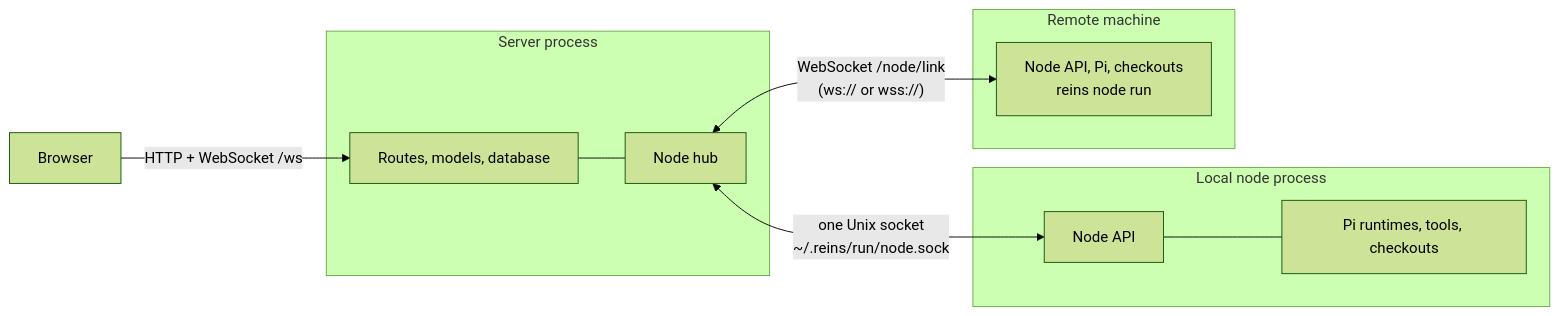
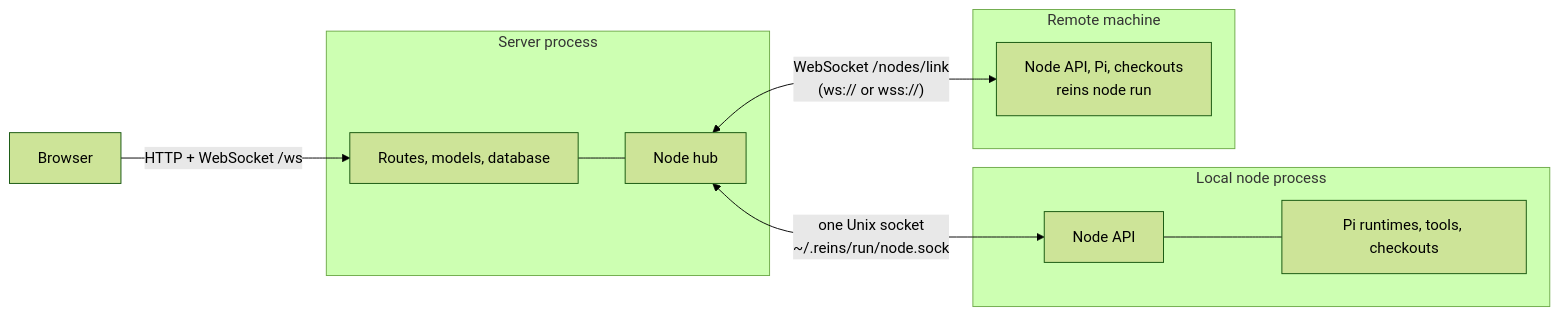
One commit to willtcarey/reins changed the first of 9 diagrams in docs/dev/node-transport.md. Above: the diagram before and after it, drawn with Mermaid (forest theme). The commit also changed other lines of this file and 23 other files, not shown here.

Commit message:
The remote node link is at /nodes/link, beside the node delivery routes

````diff
--- a/docs/dev/node-transport.md
+++ b/docs/dev/node-transport.md
@@ -11,19 +11,19 @@
 ```mermaid
 graph LR
     Browser -->|HTTP + WebSocket /ws| Server
     subgraph Server process
         Server[Routes, models, database]
         Hub[Node hub]
         Server --- Hub
     end
     subgraph Local node process
         Node[Node API]
         Pi[Pi runtimes, tools, checkouts]
         Node --- Pi
     end
     subgraph Remote machine
         Remote[Node API, Pi, checkouts<br/>reins node run]
     end
     Hub <-->|"one Unix socket<br/>~/.reins/run/node.sock"| Node
-    Hub <-->|"WebSocket /node/link<br/>(ws:// or wss://)"| Remote
+    Hub <-->|"WebSocket /nodes/link<br/>(ws:// or wss://)"| Remote
 ```
````
